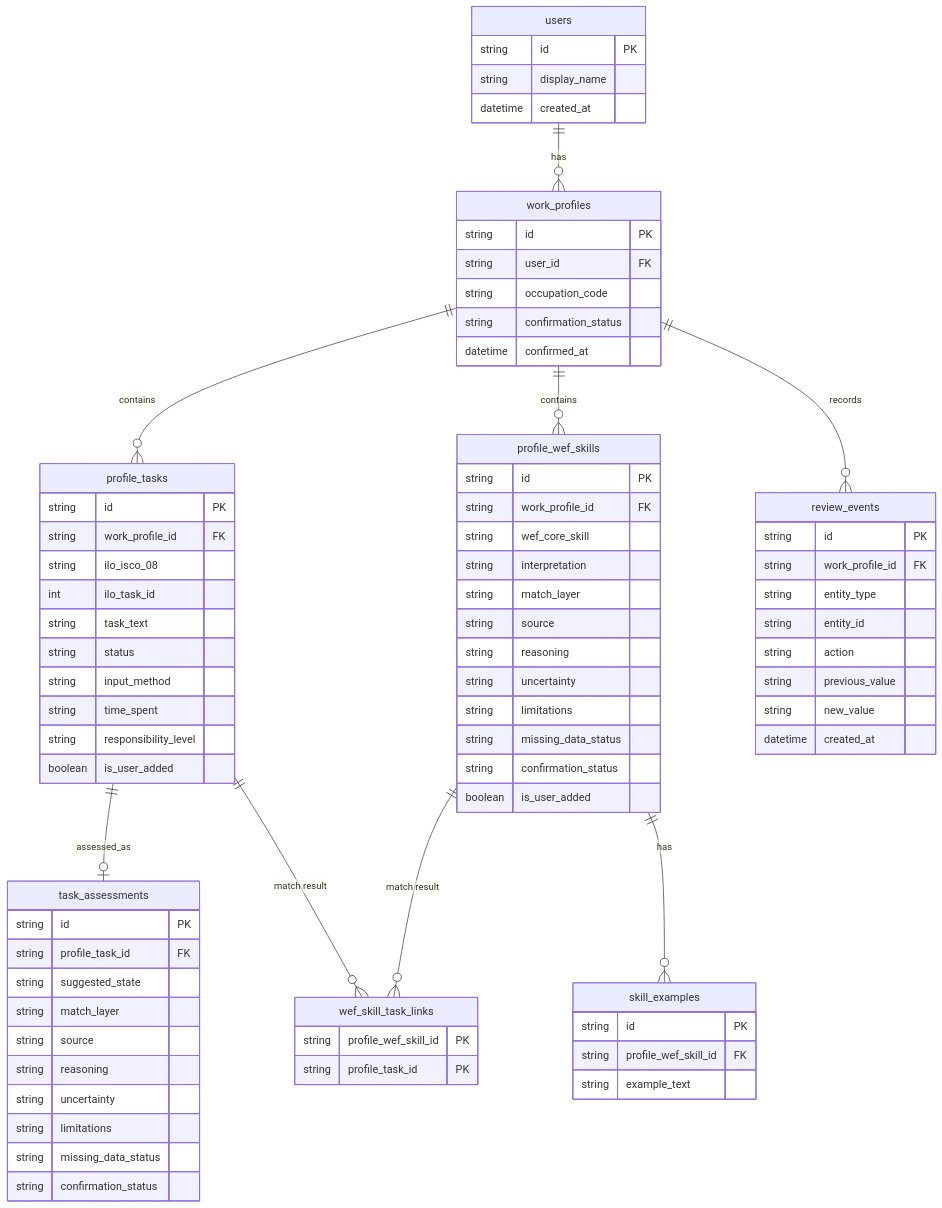
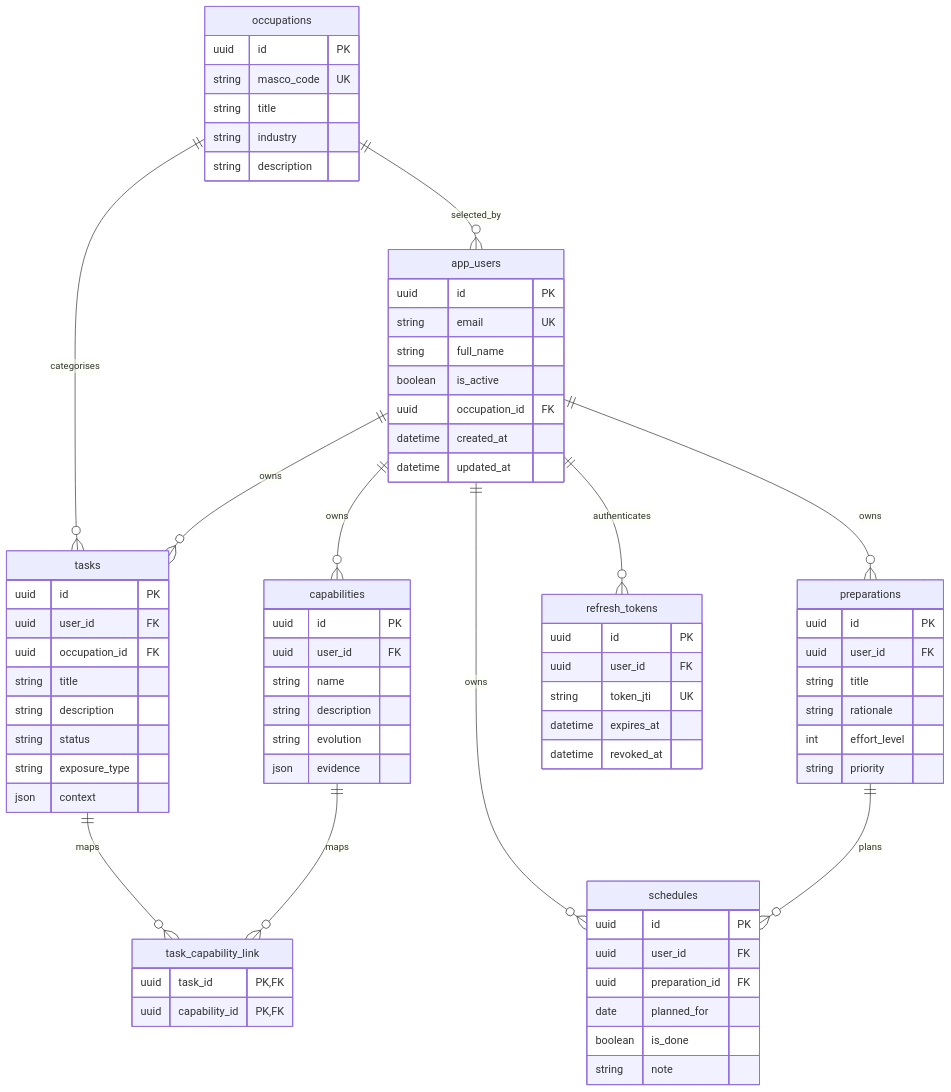
Before and after one commit to Kuan330/AI-Wrevolusi: the second of 2 diagrams in docs/iteration1_erd.md, drawn with Mermaid. The commit also changed other lines of this file and 6 other files, not shown here.

Commit message:
fix(db): limit reference schema to lookup tables

````diff
--- a/docs/iteration1_erd.md
+++ b/docs/iteration1_erd.md
@@ -85,88 +85,82 @@
 ```mermaid
 erDiagram
-    users {
-        string id PK
-        string display_name
+    app_users {
+        uuid id PK
+        string email UK
+        string full_name
+        boolean is_active
+        uuid occupation_id FK
         datetime created_at
+        datetime updated_at
     }
 
-    work_profiles {
-        string id PK
-        string user_id FK
-        string occupation_code
-        string confirmation_status
-        datetime confirmed_at
+    occupations {
+        uuid id PK
+        string masco_code UK
+        string title
+        string industry
+        string description
     }
 
-    profile_tasks {
-        string id PK
-        string work_profile_id FK
-        string ilo_isco_08
-        int ilo_task_id
-        string task_text
+    tasks {
+        uuid id PK
+        uuid user_id FK
+        uuid occupation_id FK
+        string title
+        string description
         string status
-        string input_method
-        string time_spent
-        string responsibility_level
-        boolean is_user_added
+        string exposure_type
+        json context
     }
 
-    task_assessments {
-        string id PK
-        string profile_task_id FK
-        string suggested_state
-        string match_layer
-        string source
-        string reasoning
-        string uncertainty
-        string limitations
-        string missing_data_status
-        string confirmation_status
+    capabilities {
+        uuid id PK
+        uuid user_id FK
+        string name
+        string description
+        string evolution
+        json evidence
     }
 
-    profile_wef_skills {
-        string id PK
-        string work_profile_id FK
-        string wef_core_skill
-        string interpretation
-        string match_layer
-        string source
-        string reasoning
-        string uncertainty
-        string limitations
-        string missing_data_status
-        string confirmation_status
-        boolean is_user_added
+    task_capability_link {
+        uuid task_id PK,FK
+        uuid capability_id PK,FK
     }
 
-    wef_skill_task_links {
-        string profile_wef_skill_id PK
-        string profile_task_id PK
+    preparations {
+        uuid id PK
+        uuid user_id FK
+        string title
+        string rationale
+        int effort_level
+        string priority
     }
 
-    skill_examples {
-        string id PK
-        string profile_wef_skill_id FK
-        string example_text
+    schedules {
+        uuid id PK
+        uuid user_id FK
+        uuid preparation_id FK
+        date planned_for
+        boolean is_done
+        string note
     }
 
-    review_events {
-        string id PK
-        string work_profile_id FK
-        string entity_type
-        string entity_id
-        string action
-        string previous_value
-        string new_value
-        datetime created_at
+    refresh_tokens {
+        uuid id PK
+        uuid user_id FK
+        string token_jti UK
+        datetime expires_at
+        datetime revoked_at
     }
 
-    users ||--o{ work_profiles : has
-    work_profiles ||--o{ profile_tasks : contains
-    work_profiles ||--o{ profile_wef_skills : contains
-    work_profiles ||--o{ review_events : records
-    profile_tasks ||--o| task_assessments : assessed_as
-    profile_tasks ||--o{ wef_skill_task_links : "match result"
-    profile_wef_skills ||--o{ wef_skill_task_links : "match result"
-    profile_wef_skills ||--o{ skill_examples : has
+    occupations ||--o{ app_users : selected_by
+    occupations ||--o{ tasks : categorises
+    app_users ||--o{ tasks : owns
+    app_users ||--o{ capabilities : owns
+    app_users ||--o{ preparations : owns
+    app_users ||--o{ schedules : owns
+    app_users ||--o{ refresh_tokens : authenticates
+    tasks ||--o{ task_capability_link : maps
+    capabilities ||--o{ task_capability_link : maps
+    preparations ||--o{ schedules : plans
 ```
````
